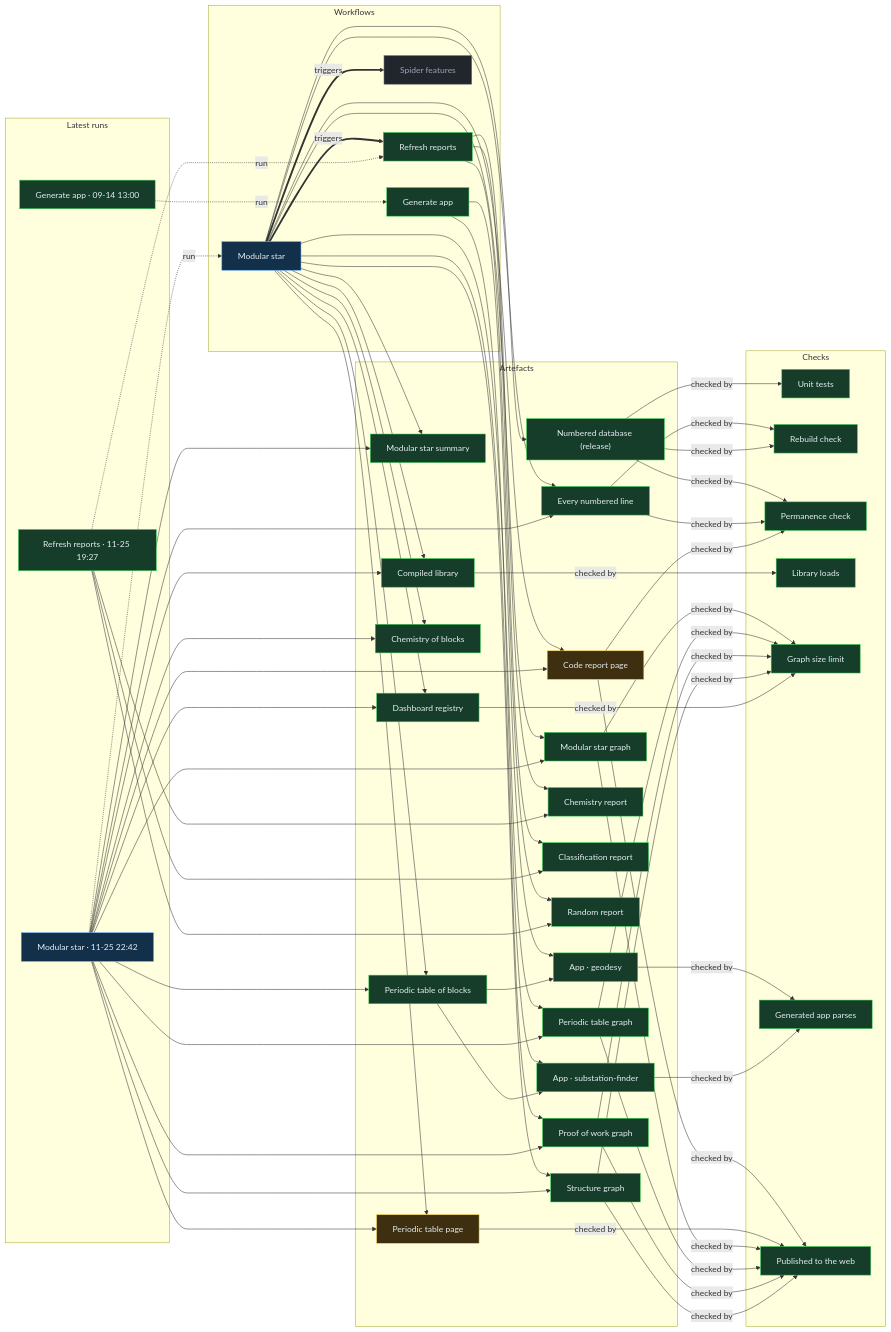
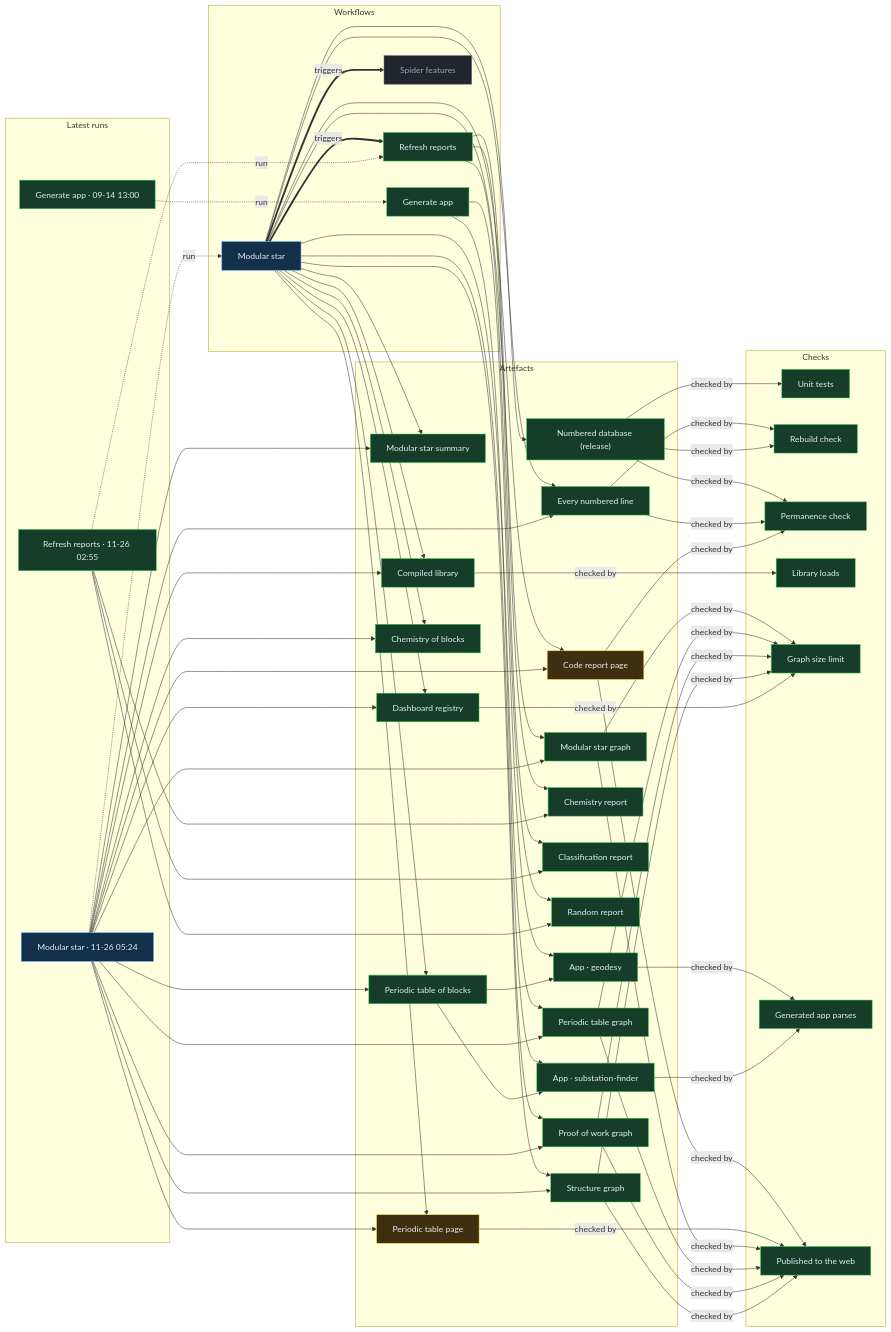
Before and after one commit to Ventusltd/stars: the diagram in proof/PROOF.md, drawn with Mermaid. The commit also changed other lines of this file and 65 other files, not shown here.

Commit message:
Modular star 2026-11-26T05:27Z

```diff
--- a/proof/PROOF.md
+++ b/proof/PROOF.md
@@ -24,8 +24,8 @@
   n_wf_spider_features["Spider features"]:::off
   end
   subgraph g_runs["Latest runs"]
-  n_run_45715551331["Modular star · 11-25 22:42"]:::live
-  n_run_45685383757["Refresh reports · 11-25 19:27"]:::ok
+  n_run_45761404464["Modular star · 11-26 05:24"]:::live
+  n_run_45745633399["Refresh reports · 11-26 02:55"]:::ok
   n_run_34846587798["Generate app · 09-14 13:00"]:::ok
   end
   subgraph g_artefacts["Artefacts"]
@@ -59,39 +59,39 @@
   end
   n_wf_modular_star == triggers ==> n_wf_refresh
   n_wf_modular_star == triggers ==> n_wf_spider_features
-  n_run_45715551331 -. run .-> n_wf_modular_star
-  n_run_45685383757 -. run .-> n_wf_refresh
+  n_run_45761404464 -. run .-> n_wf_modular_star
+  n_run_45745633399 -. run .-> n_wf_refresh
   n_run_34846587798 -. run .-> n_wf_generate
   n_wf_modular_star --> n_art_summary
-  n_run_45715551331 --> n_art_summary
+  n_run_45761404464 --> n_art_summary
   n_wf_modular_star --> n_art_lines
-  n_run_45715551331 --> n_art_lines
+  n_run_45761404464 --> n_art_lines
   n_wf_modular_star --> n_art_code
-  n_run_45715551331 --> n_art_code
+  n_run_45761404464 --> n_art_code
   n_wf_modular_star --> n_art_modular_graph
-  n_run_45715551331 --> n_art_modular_graph
+  n_run_45761404464 --> n_art_modular_graph
   n_wf_modular_star --> n_art_blocks
-  n_run_45715551331 --> n_art_blocks
+  n_run_45761404464 --> n_art_blocks
   n_wf_modular_star --> n_art_table
-  n_run_45715551331 --> n_art_table
+  n_run_45761404464 --> n_art_table
   n_wf_modular_star --> n_art_blocks_graph
-  n_run_45715551331 --> n_art_blocks_graph
+  n_run_45761404464 --> n_art_blocks_graph
   n_wf_modular_star --> n_art_reactions
-  n_run_45715551331 --> n_art_reactions
+  n_run_45761404464 --> n_art_reactions
   n_wf_modular_star --> n_art_library
-  n_run_45715551331 --> n_art_library
+  n_run_45761404464 --> n_art_library
   n_wf_modular_star --> n_art_features
-  n_run_45715551331 --> n_art_features
+  n_run_45761404464 --> n_art_features
   n_wf_modular_star --> n_art_proof
-  n_run_45715551331 --> n_art_proof
+  n_run_45761404464 --> n_art_proof
   n_wf_modular_star --> n_art_structure
-  n_run_45715551331 --> n_art_structure
+  n_run_45761404464 --> n_art_structure
   n_wf_refresh --> n_art_chemistry
-  n_run_45685383757 --> n_art_chemistry
+  n_run_45745633399 --> n_art_chemistry
   n_wf_refresh --> n_art_vedic
-  n_run_45685383757 --> n_art_vedic
+  n_run_45745633399 --> n_art_vedic
   n_wf_refresh --> n_art_random
-  n_run_45685383757 --> n_art_random
+  n_run_45745633399 --> n_art_random
   n_wf_modular_star --> n_art_release
   n_wf_generate --> n_app_geodesy
   n_art_blocks --> n_app_geodesy
```
